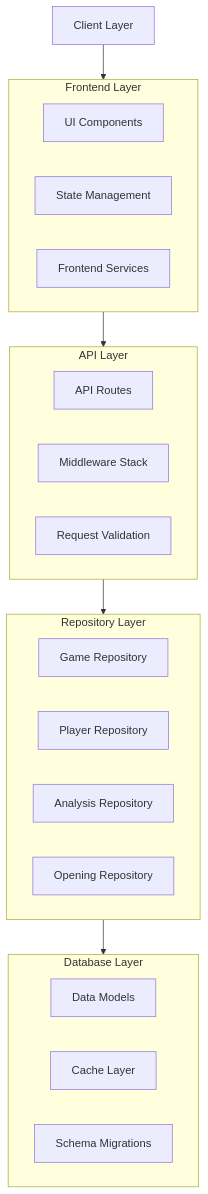
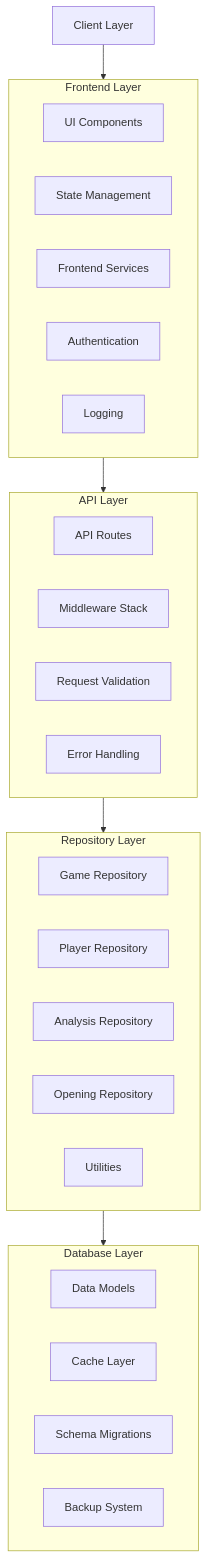
Before and after one commit to nessaee/chess-database: the first of 4 diagrams in docs/system-diagram.md, drawn with Mermaid. The commit also changed other lines of this file and 11 other files, not shown here.

````diff
--- a/docs/system-diagram.md
+++ b/docs/system-diagram.md
@@ -18,50 +39,55 @@
-```mermaid
+<pre class="mermaid">
 graph TB
     %% Main Components
     Client[Client Layer]
     Frontend[Frontend Layer]
     API[API Layer]
     Repository[Repository Layer]
     DB[(Database Layer)]
     
     %% Frontend Components
     subgraph Frontend[Frontend Layer]
         UI[UI Components]
         State[State Management]
         Services[Frontend Services]
+        Auth[Authentication]
+        Logger[Logging]
     end
     
     %% API Components
     subgraph API[API Layer]
         Routes[API Routes]
         Middleware[Middleware Stack]
         Validation[Request Validation]
+        Error[Error Handling]
     end
     
     %% Repository Components
     subgraph Repository[Repository Layer]
         GameRepo[Game Repository]
         PlayerRepo[Player Repository]
         AnalysisRepo[Analysis Repository]
         OpeningRepo[Opening Repository]
+        Utils[Utilities]
     end
     
     %% Database Components
     subgraph DB[Database Layer]
         Models[Data Models]
         Cache[Cache Layer]
         Migrations[Schema Migrations]
+        Backup[Backup System]
     end
     
     %% Connections
     Client --> Frontend
     Frontend --> API
     API --> Repository
     Repository --> DB
     
     %% Click Actions
     click Frontend "frontend/components.md" "View Frontend Documentation"
     click API "backend/api.md" "View API Documentation"
     click Repository "backend/repository.md" "View Repository Documentation"
     click DB "backend/models.md" "View Database Documentation"
-```
+</pre>
````
